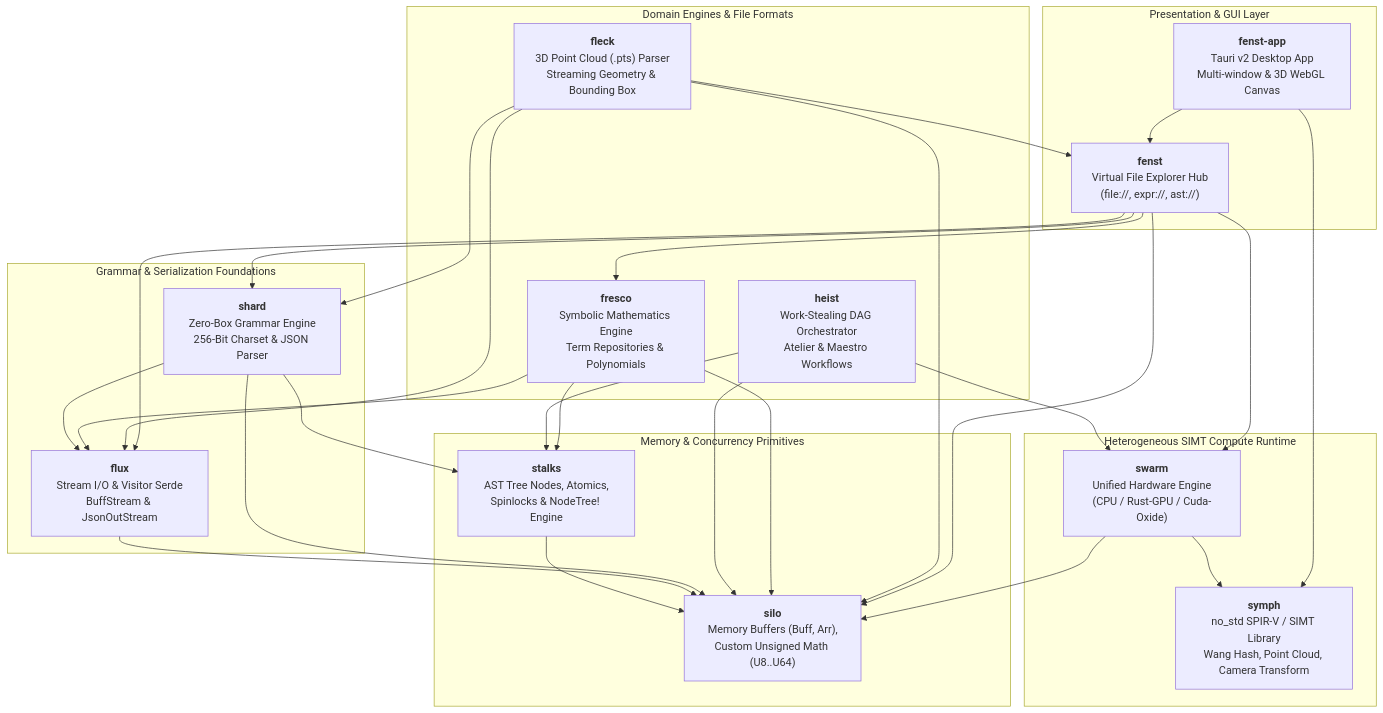
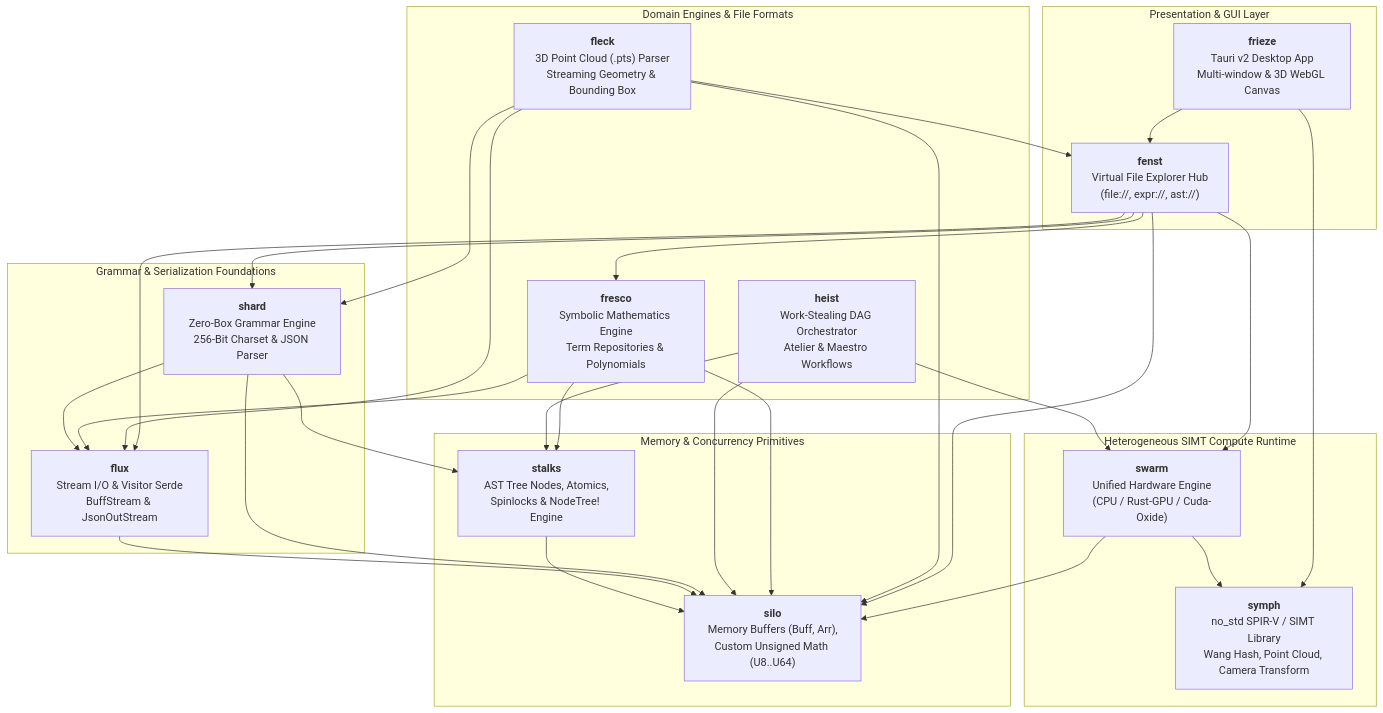
The diagram in README.md (jswarup/Kosh), drawn with Mermaid before and after one commit. The commit also changed other lines of this file and 25 other files, not shown here.

Commit message:
Rename fenst-app to frieze

````diff
--- a/README.md
+++ b/README.md
@@ -14,59 +14,59 @@
 ```mermaid
 graph TD
     subgraph AppLayer ["Presentation & GUI Layer"]
-        FenstApp["<b>fenst-app</b><br/>Tauri v2 Desktop App<br/>Multi-window & 3D WebGL Canvas"]
+        Frieze["<b>frieze</b><br/>Tauri v2 Desktop App<br/>Multi-window & 3D WebGL Canvas"]
         Fenst["<b>fenst</b><br/>Virtual File Explorer Hub<br/>(file://, expr://, ast://)"]
     end
 
     subgraph DomainLayer ["Domain Engines & File Formats"]
         Fleck["<b>fleck</b><br/>3D Point Cloud (.pts) Parser<br/>Streaming Geometry & Bounding Box"]
         Fresco["<b>fresco</b><br/>Symbolic Mathematics Engine<br/>Term Repositories & Polynomials"]
         Heist["<b>heist</b><br/>Work-Stealing DAG Orchestrator<br/>Atelier & Maestro Workflows"]
     end
 
     subgraph ComputeLayer ["Heterogeneous SIMT Compute Runtime"]
         Swarm["<b>swarm</b><br/>Unified Hardware Engine<br/>(CPU / Rust-GPU / Cuda-Oxide)"]
         Symph["<b>symph</b><br/>no_std SPIR-V / SIMT Library<br/>Wang Hash, Point Cloud, Camera Transform"]
     end
 
     subgraph CoreLayer ["Grammar & Serialization Foundations"]
         Shard["<b>shard</b><br/>Zero-Box Grammar Engine<br/>256-Bit Charset & JSON Parser"]
         Flux["<b>flux</b><br/>Stream I/O & Visitor Serde<br/>BuffStream & JsonOutStream"]
     end
 
     subgraph BaseLayer ["Memory & Concurrency Primitives"]
         Stalks["<b>stalks</b><br/>AST Tree Nodes, Atomics,<br/>Spinlocks & NodeTree! Engine"]
         Silo["<b>silo</b><br/>Memory Buffers (Buff, Arr),<br/>Custom Unsigned Math (U8..U64)"]
     end
 
-    FenstApp --> Fenst
-    FenstApp --> Symph
+    Frieze --> Fenst
+    Frieze --> Symph
     Fenst --> Silo
     Fenst --> Flux
     Fenst --> Swarm
     Fenst --> Fresco
     Fenst --> Shard
 
     Fleck --> Shard
     Fleck --> Silo
     Fleck --> Flux
     Fleck --> Fenst
 
     Fresco --> Silo
     Fresco --> Flux
     Fresco --> Stalks
 
     Heist --> Silo
     Heist --> Stalks
     Heist --> Swarm
 
     Swarm --> Silo
     Swarm --> Symph
 
     Shard --> Silo
     Shard --> Stalks
     Shard --> Flux
 
     Flux --> Silo
     Stalks --> Silo
 ```
````
